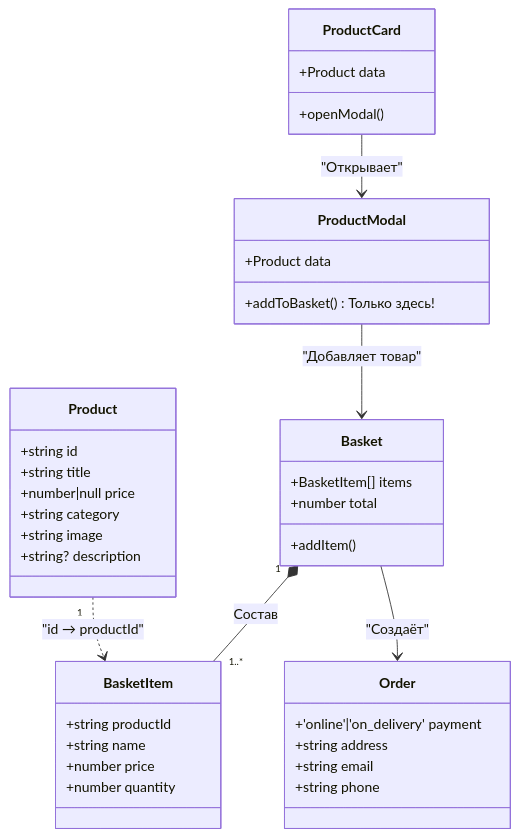
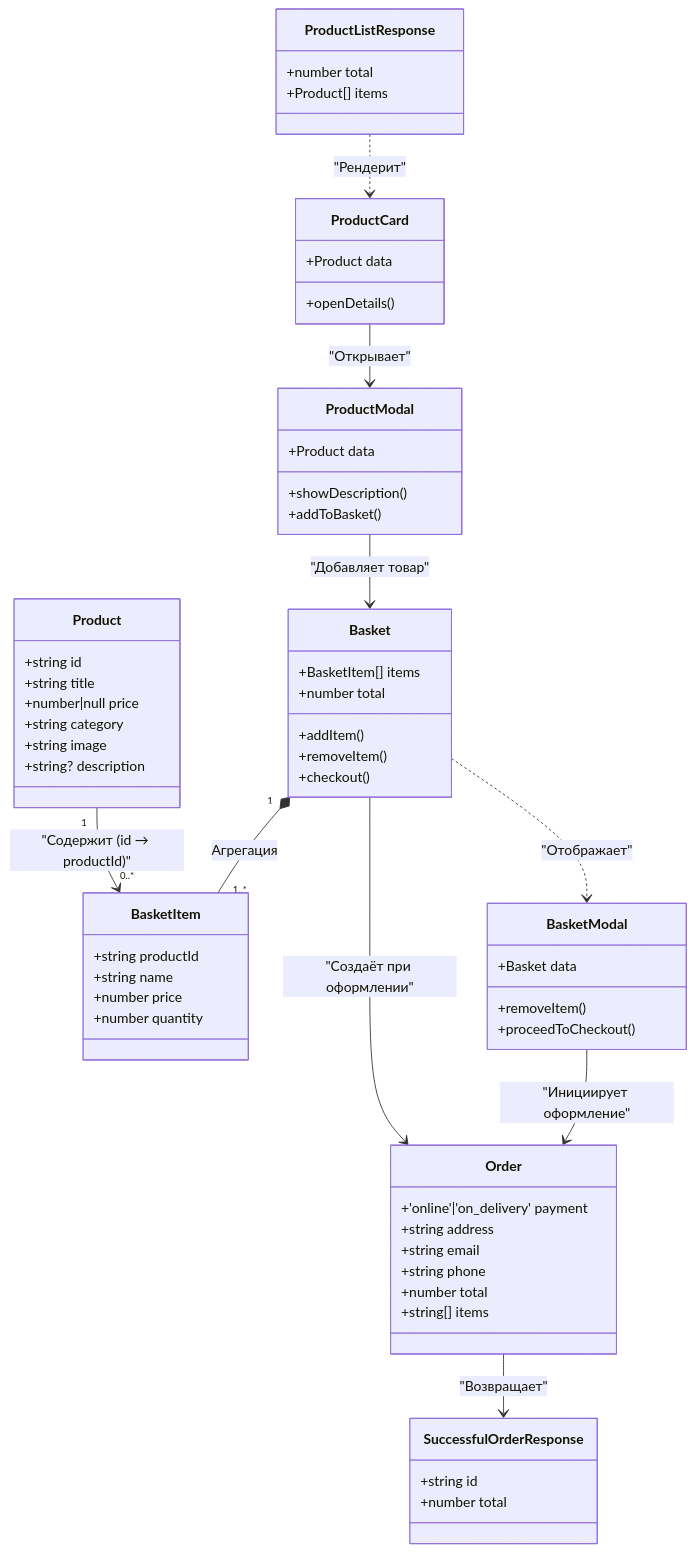
One commit to Whimsy-rat-trap/web-larek-frontend changed the diagram in README.md. Above: the diagram before and after it, drawn with Mermaid.

Commit message:
Version 0.1.71(Attempt at fixing the diagram)

````diff
--- a/README.md
+++ b/README.md
@@ -83,53 +83,79 @@
 ```mermaid
 classDiagram
     direction TB
     
     %% Основные классы данных
     class Product {
         +string id
         +string title
         +number|null price
         +string category
         +string image
         +string? description
     }
 
     class BasketItem {
         +string productId
         +string name
         +number price
         +number quantity
     }
 
     class Basket {
         +BasketItem[] items
         +number total
         +addItem()
+        +removeItem()
+        +checkout()
     }
 
-    %% UI компоненты
-    class ProductModal {
-        +Product data
-        +addToBasket() Только здесь!
-    }
-
-    class ProductCard {
-        +Product data
-        +openModal()
-    }
-
-    %% Связи
-    ProductCard --> ProductModal : "Открывает"
-    ProductModal --> Basket : "Добавляет товар"
-    Product "1" ..> BasketItem : "id → productId"
-    Basket "1" *-- "1..*" BasketItem : Состав
-
-    %% Оформление заказа
     class Order {
         +'online'|'on_delivery' payment
         +string address
         +string email
         +string phone
+        +number total
+        +string[] items
     }
-    Basket --> Order : "Создаёт"
+
+    class SuccessfulOrderResponse {
+        +string id
+        +number total
+    }
+
+    %% UI компоненты
+    class ProductListResponse {
+        +number total
+        +Product[] items
+    }
+
+    class ProductCard {
+        +Product data
+        +openDetails()
+    }
+
+    class ProductModal {
+        +Product data
+        +showDescription()
+        +addToBasket()
+    }
+
+    class BasketModal {
+        +Basket data
+        +removeItem()
+        +proceedToCheckout()
+    }
+
+    %% Связи между компонентами
+    Product "1" --> "0..*" BasketItem : "Содержит (id → productId)"
+    Basket "1" *-- "1..*" BasketItem : Агрегация
+    Basket --> Order : "Создаёт при оформлении"
+    Order --> SuccessfulOrderResponse : "Возвращает"
+
+    %% Взаимодействие UI
+    ProductListResponse ..> ProductCard : "Рендерит"
+    ProductCard --> ProductModal : "Открывает"
+    ProductModal --> Basket : "Добавляет товар"
+    Basket ..> BasketModal : "Отображает"
+    BasketModal --> Order : "Инициирует оформление"
 ```
````
